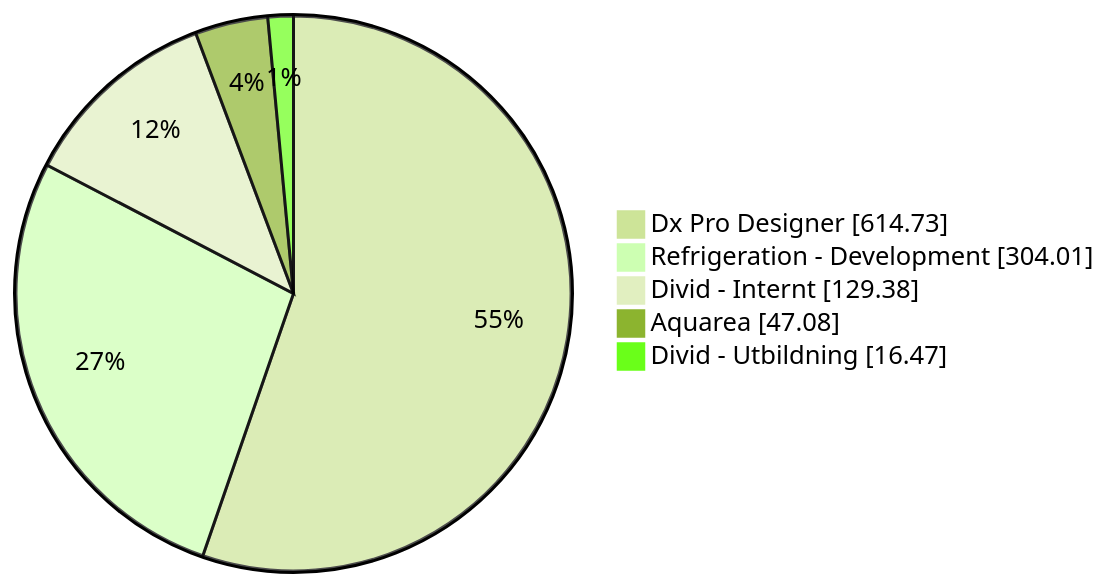
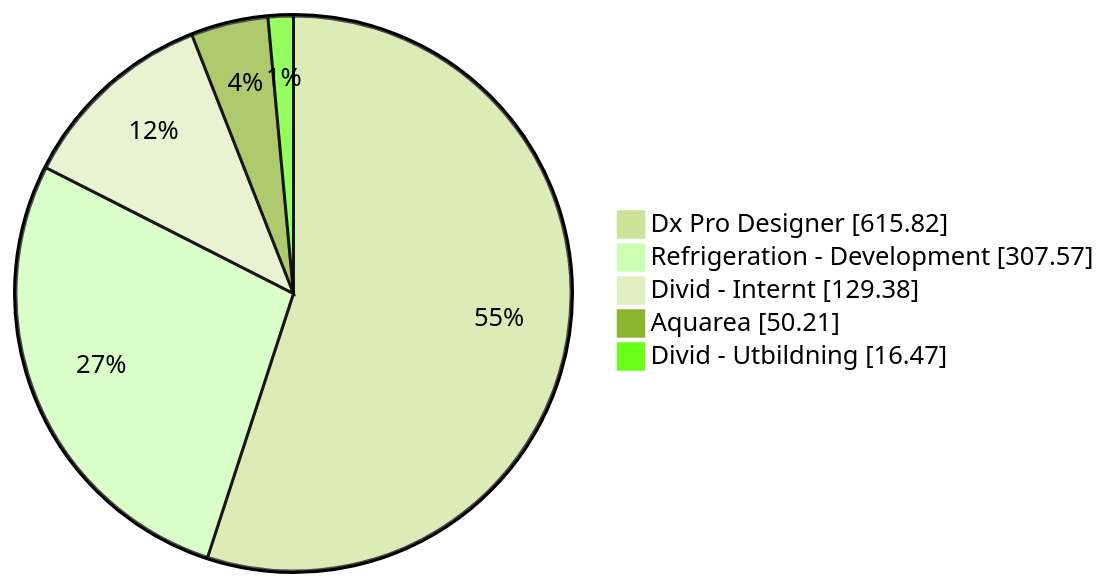
One commit to albinforsberg-netizen/timeclock changed the first of 5 diagrams in README.org. Above: the diagram before and after it, drawn with Mermaid (forest theme). The commit also changed other lines of this file, not shown here.

```diff
--- a/README.org
+++ b/README.org
@@ -34,8 +34,8 @@
 #+begin_src mermaid
 pie showData
-    "Dx Pro Designer" : 614.73
-    "Refrigeration - Development" : 304.01
+    "Dx Pro Designer" : 615.82
+    "Refrigeration - Development" : 307.57
     "Divid - Internt" : 129.38
-    "Aquarea" : 47.08
+    "Aquarea" : 50.21
     "Divid - Utbildning" : 16.47
 #+end_src
```
